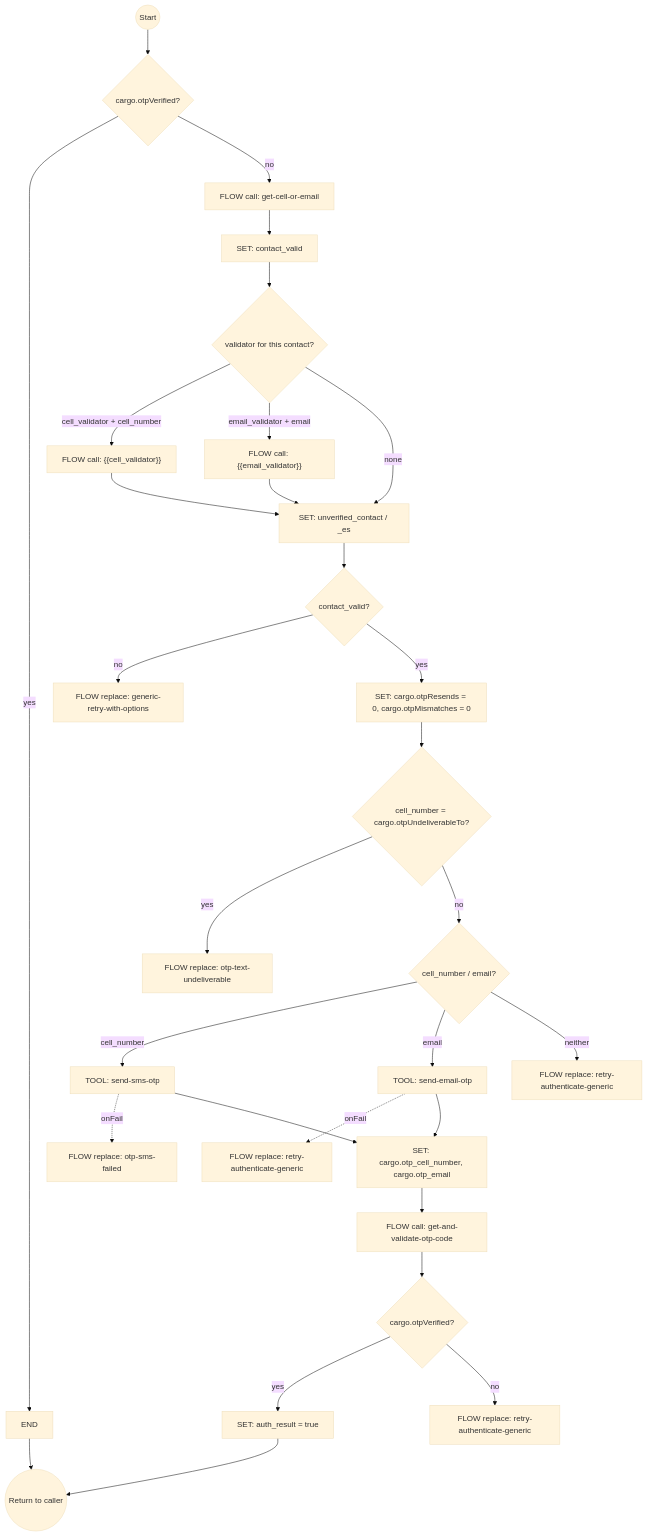
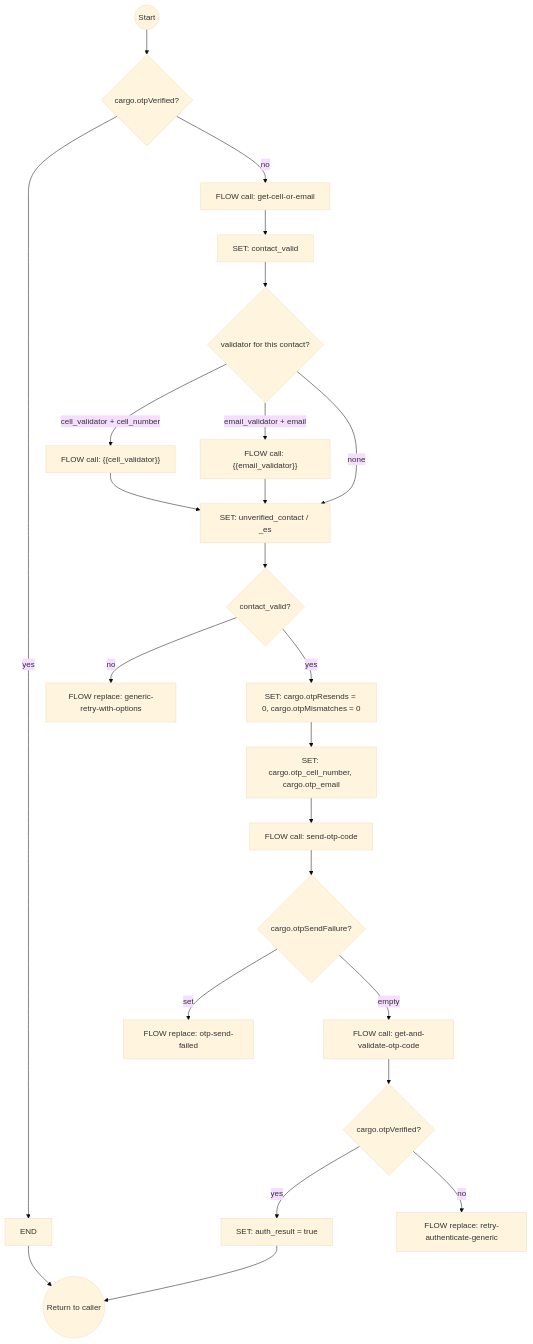
One commit to ronpinkas/jsfe changed the fifth of 17 diagrams in docs/system-flows.md. Above: the diagram before and after it, drawn with Mermaid (base theme). The commit also changed other lines of this file, not shown here.

Commit message:
docs: system flows page for send-otp-code, otp-send-failed, text-destination, send-text

````diff
--- a/docs/system-flows.md
+++ b/docs/system-flows.md
@@ -241,32 +244,26 @@
 ```mermaid
 graph TD
     start((Start)) --> check_already_verified{cargo.otpVerified?}
     check_already_verified -->|yes| already_verified[END]
     check_already_verified -->|no| get_contact_info[FLOW call: get-cell-or-email]
     get_contact_info --> init_contact_valid[SET: contact_valid]
     init_contact_valid --> validate_contact{validator for this contact?}
     validate_contact -->|cell_validator + cell_number| run_cell_validator["FLOW call: {{cell_validator}}"]
     validate_contact -->|email_validator + email| run_email_validator["FLOW call: {{email_validator}}"]
     validate_contact -->|none| describe[SET: unverified_contact / _es]
     run_cell_validator --> describe
     run_email_validator --> describe
     describe --> gate{contact_valid?}
     gate -->|no| contact_not_verified[FLOW replace: generic-retry-with-options]
     gate -->|yes| reset_counts[SET: cargo.otpResends = 0, cargo.otpMismatches = 0]
-    reset_counts --> skip_line{cell_number = cargo.otpUndeliverableTo?}
-    skip_line -->|yes| cell_cannot_text[FLOW replace: otp-text-undeliverable]
-    skip_line -->|no| send_otp{cell_number / email?}
-    send_otp -->|cell_number| send_sms_otp[TOOL: send-sms-otp]
-    send_otp -->|email| send_email_otp[TOOL: send-email-otp]
-    send_otp -->|neither| no_contact_error[FLOW replace: retry-authenticate-generic]
-    send_sms_otp -.->|onFail| sms_failed[FLOW replace: otp-sms-failed]
-    send_email_otp -.->|onFail| email_failed[FLOW replace: retry-authenticate-generic]
-    send_sms_otp --> set_cargo[SET: cargo.otp_cell_number, cargo.otp_email]
-    send_email_otp --> set_cargo
-    set_cargo --> get_and_validate[FLOW call: get-and-validate-otp-code]
+    reset_counts --> set_cargo[SET: cargo.otp_cell_number, cargo.otp_email]
+    set_cargo --> send_code[FLOW call: send-otp-code]
+    send_code --> auth_check_sent{cargo.otpSendFailure?}
+    auth_check_sent -->|set| auth_send_failed[FLOW replace: otp-send-failed]
+    auth_check_sent -->|empty| get_and_validate[FLOW call: get-and-validate-otp-code]
     get_and_validate --> check_result{cargo.otpVerified?}
     check_result -->|yes| auth_success[SET: auth_result = true]
     check_result -->|no| auth_failed[FLOW replace: retry-authenticate-generic]
     auth_success --> stop((Return to caller))
     already_verified --> stop
 ```
````
